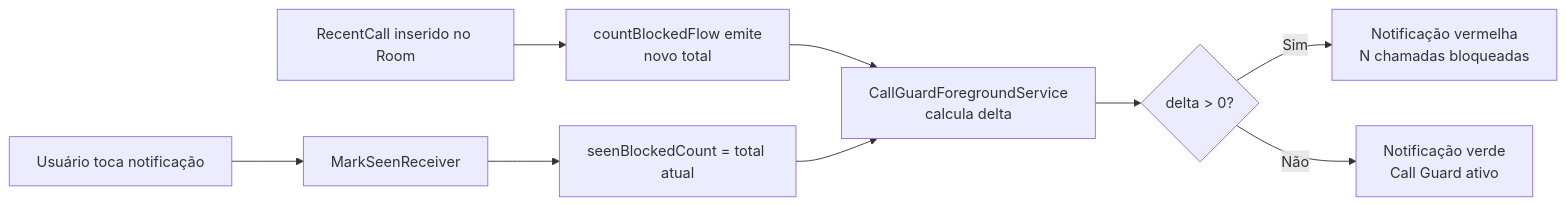
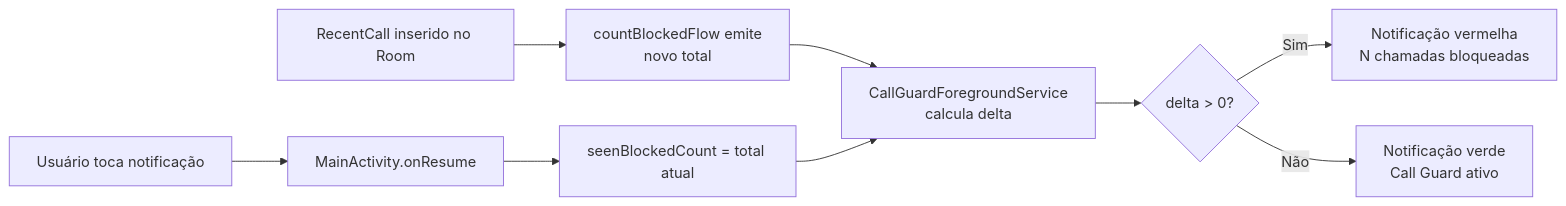
Before and after one commit to acdcmaia/call-guard: the third of 3 diagrams in ARCHITECTURE.md, drawn with Mermaid. The commit also changed 1 other file, not shown here.

Commit message:
docs: atualizar diagrama notificação; fix: renomear APK via PackageApplication
- Diagrama de notificação: substituir MarkSeenReceiver por MainActivity.onResume
- Melhorias pendentes: item 8 resolvido (PopupPositionProvider não duplicado)
- build.gradle.kts: renomeação do APK via tasks.withType<PackageApplication>
  copia o arquivo com nome CallGuard-versão-data.apk sem remover app-debug.apk,
  permitindo que o Android Studio continue a fazer deploy normalmente

````diff
--- a/ARCHITECTURE.md
+++ b/ARCHITECTURE.md
@@ -188,12 +188,12 @@
 ```mermaid
 flowchart LR
     A[RecentCall inserido no Room] --> B[countBlockedFlow emite\nnovo total]
     B --> C[CallGuardForegroundService\ncalcula delta]
     C --> D{delta > 0?}
     D -- Sim --> E[Notificação vermelha\nN chamadas bloqueadas]
     D -- Não --> F[Notificação verde\nCall Guard ativo]
 
-    G[Usuário toca notificação] --> H[MarkSeenReceiver]
+    G[Usuário toca notificação] --> H[MainActivity.onResume]
     H --> I[seenBlockedCount = total atual]
     I --> C
 ```
````
